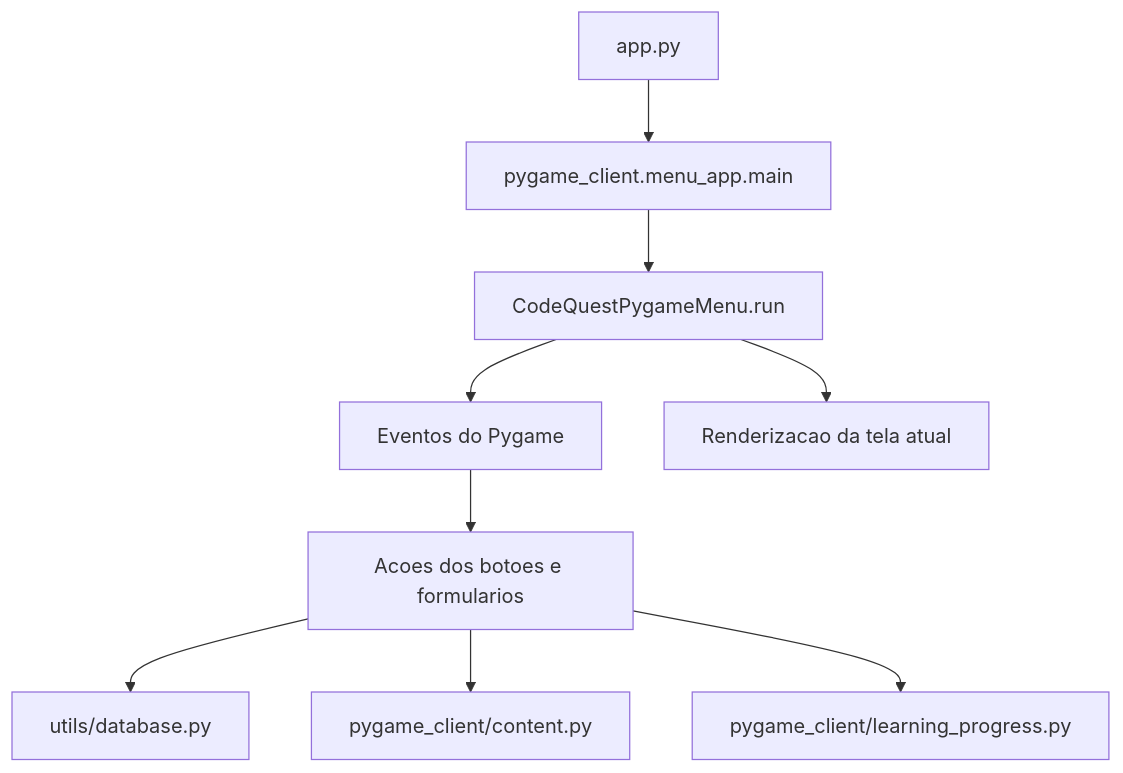
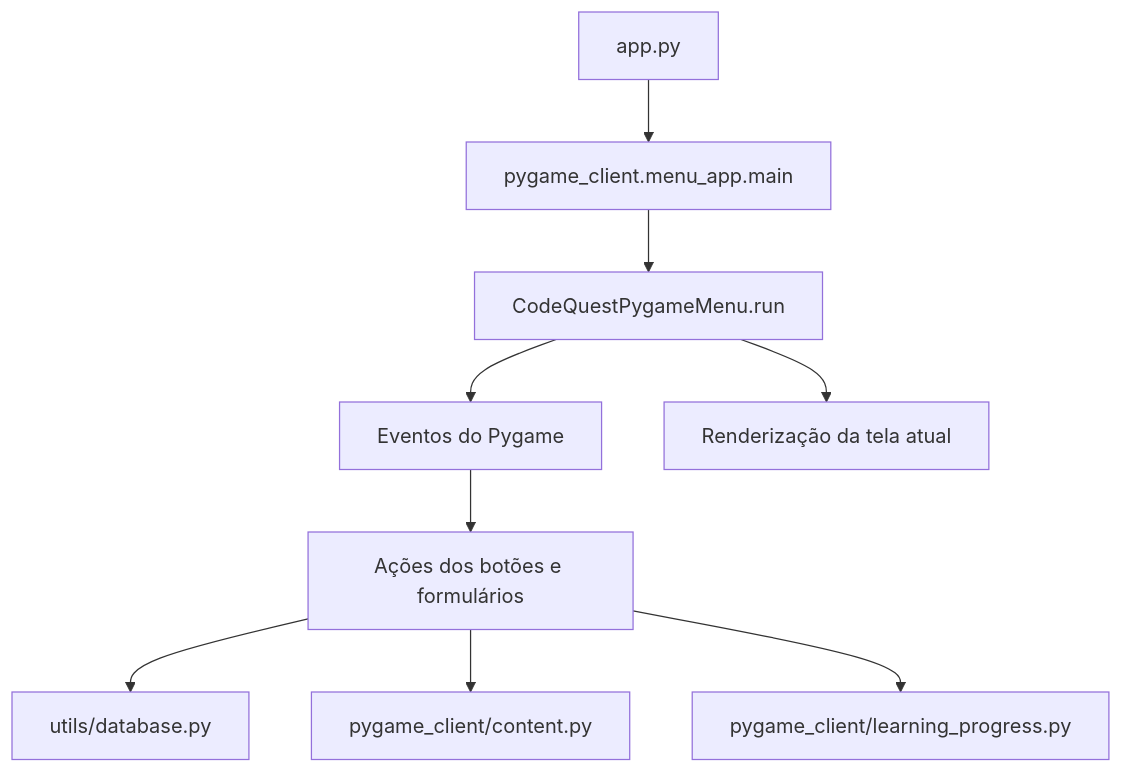
One commit to netojoseluizferreira-sys/CodeQuest changed the diagram in docs/arquitetura.md. Above: the diagram before and after it, drawn with Mermaid. The commit also changed other lines of this file and 15 other files, not shown here.

````diff
--- a/docs/arquitetura.md
+++ b/docs/arquitetura.md
@@ -9,11 +9,11 @@
 ```mermaid
 flowchart TD
     A["app.py"] --> B["pygame_client.menu_app.main"]
     B --> C["CodeQuestPygameMenu.run"]
     C --> D["Eventos do Pygame"]
-    C --> E["Renderizacao da tela atual"]
-    D --> F["Acoes dos botoes e formularios"]
+    C --> E["Renderização da tela atual"]
+    D --> F["Ações dos botões e formulários"]
     F --> G["utils/database.py"]
     F --> H["pygame_client/content.py"]
     F --> I["pygame_client/learning_progress.py"]
 ```
````
